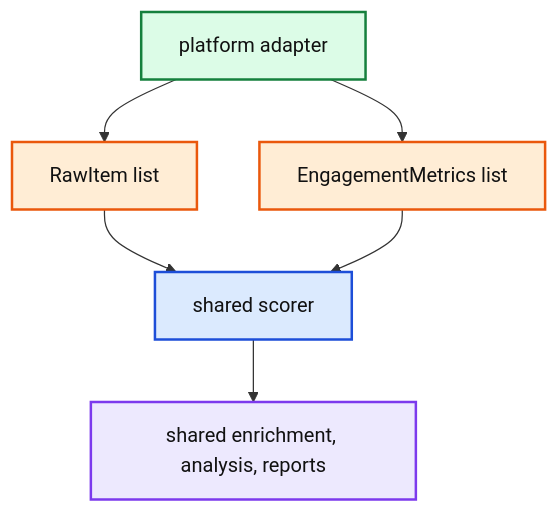
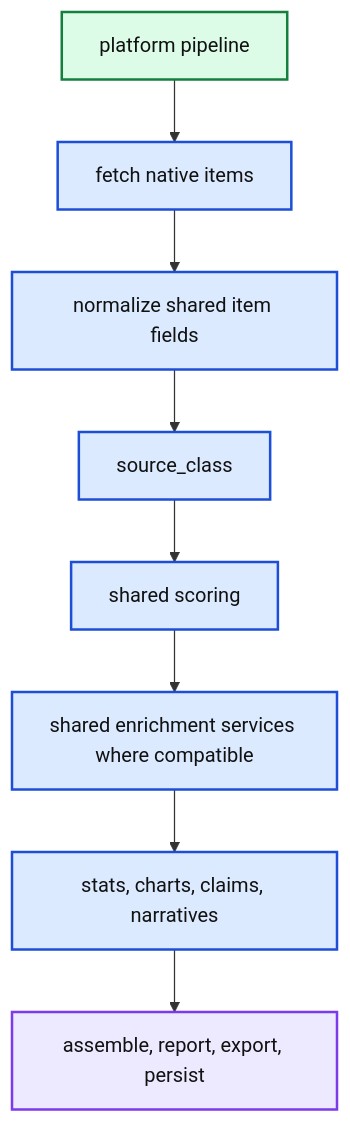
One commit to reshinto/social-research-probe changed the diagram in docs/diagrams/src/add_platform_contract.mmd. Above: the diagram before and after it, drawn with Mermaid. The commit also changed 49 other files, not shown here.

```diff
--- a/docs/diagrams/src/add_platform_contract.mmd
+++ b/docs/diagrams/src/add_platform_contract.mmd
@@ -1,19 +1,20 @@
 %%{init: {"theme":"base","themeVariables":{"background":"#ffffff","mainBkg":"#ffffff","primaryTextColor":"#111111","lineColor":"#333333","fontFamily":"Arial, sans-serif","clusterBkg":"#ffffff","clusterBorder":"#d0d7de"}}}%%
 flowchart TB
-  Adapter["platform adapter"] --> Raw["RawItem list"]
-  Adapter --> Metrics["EngagementMetrics list"]
-  Raw --> Score["shared scorer"]
-  Metrics --> Score
-  Score --> Shared["shared enrichment, analysis, reports"]
+  Pipeline["platform pipeline"] --> Fetch["fetch native items"]
+  Fetch --> Normalize["normalize shared item fields"]
+  Normalize --> Classify["source_class"]
+  Classify --> Score["shared scoring"]
+  Score --> Enrich["shared enrichment services where compatible"]
+  Enrich --> Analyze["stats, charts, claims, narratives"]
+  Analyze --> Report["assemble, report, export, persist"]
 
   classDef input fill:#dcfce7,stroke:#15803d,color:#111111,stroke-width:2px;
   classDef process fill:#dbeafe,stroke:#1d4ed8,color:#111111,stroke-width:2px;
   classDef analysis fill:#fef3c7,stroke:#d97706,color:#111111,stroke-width:2px;
   classDef external fill:#ccfbf1,stroke:#0f766e,color:#111111,stroke-width:2px;
   classDef output fill:#ede9fe,stroke:#7c3aed,color:#111111,stroke-width:2px;
   classDef config fill:#ffedd5,stroke:#ea580c,color:#111111,stroke-width:2px;
   classDef risk fill:#fee2e2,stroke:#dc2626,color:#111111,stroke-width:2px;
-  class Adapter input;
-  class Raw,Metrics config;
-  class Score process;
-  class Shared output;
+  class Pipeline input;
+  class Fetch,Normalize,Classify,Score,Enrich,Analyze process;
+  class Report output;
```
